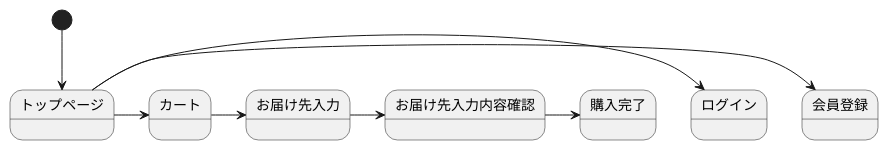
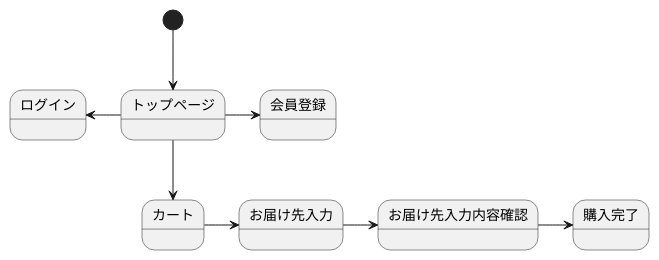
The first of 3 diagrams in stm01.md (Aso2001008/2021sys-design), drawn with PlantUML before and after one commit.

````diff
--- a/stm01.md
+++ b/stm01.md
@@ -2,11 +2,11 @@
 ```uml
 @startuml
 [*] --> トップページ
 トップページ -> 会員登録
-トップページ -> ログイン
-トップページ -> カート
+トップページ -left> ログイン
+トップページ --> カート
 カート -> お届け先入力
 お届け先入力 -> お届け先入力内容確認
 お届け先入力内容確認 -> 購入完了
 @enduml
 ```
````
